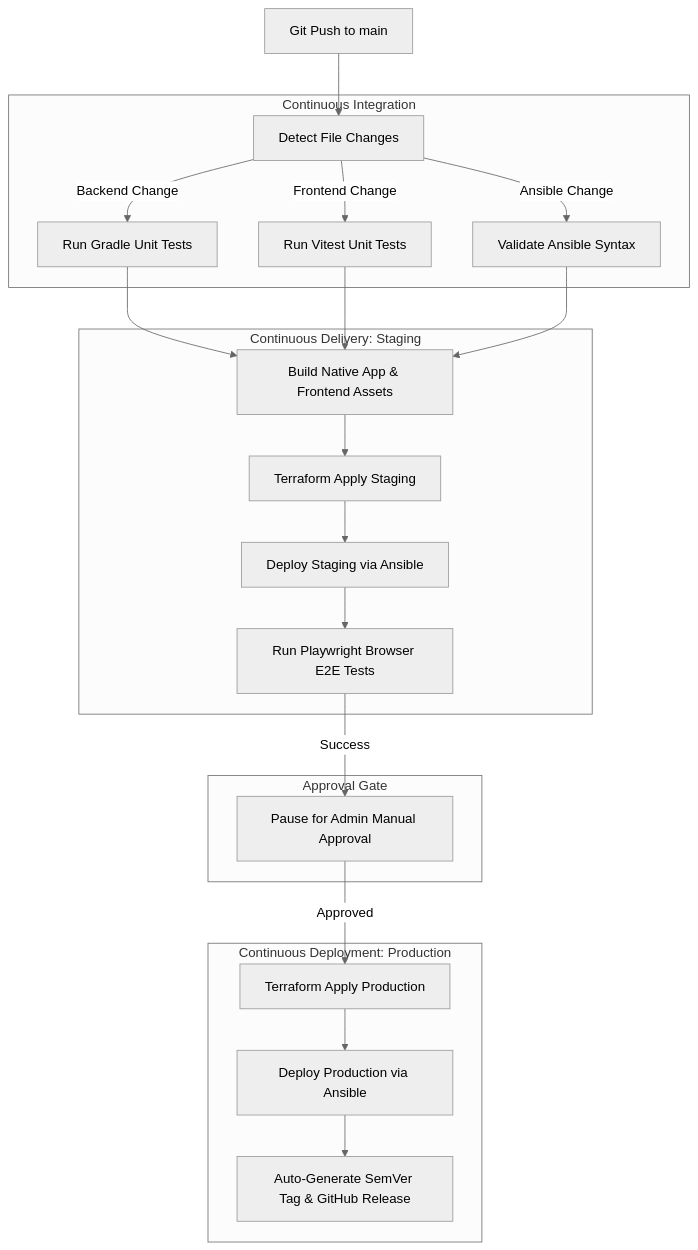
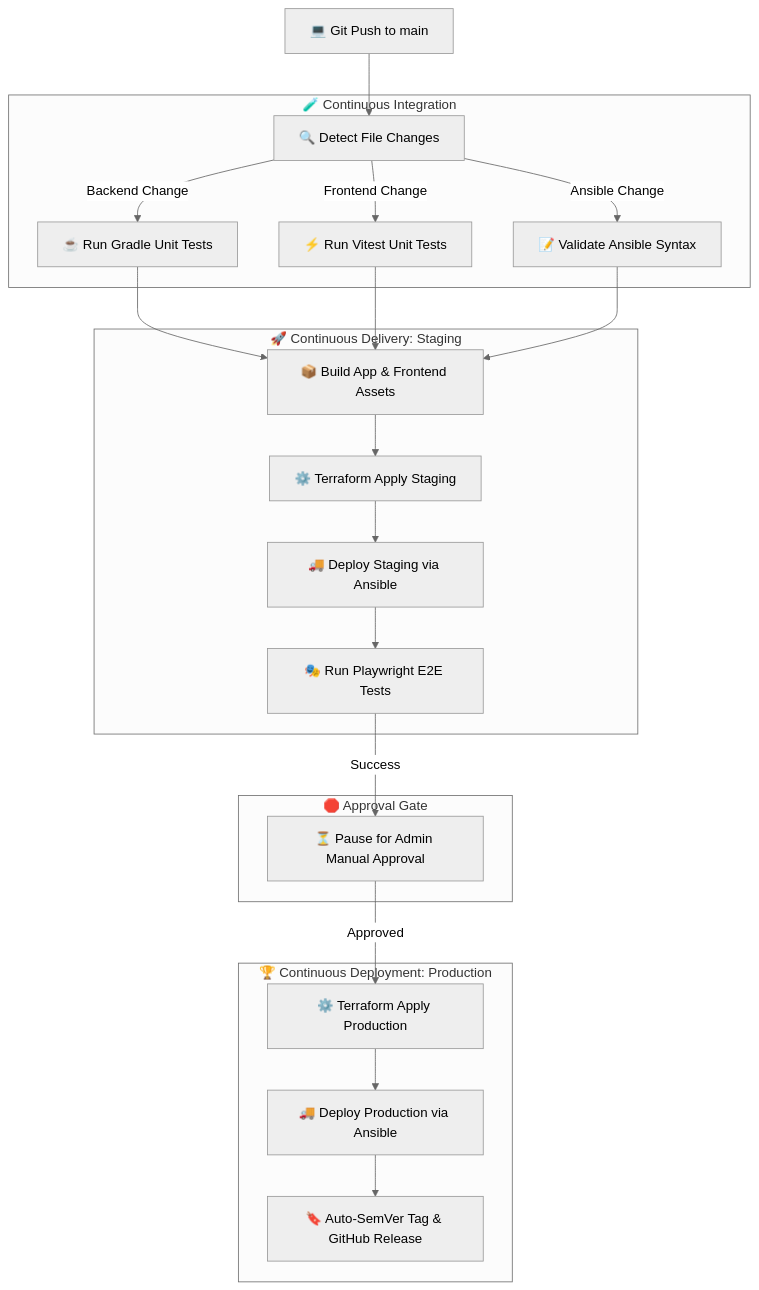
The second of 2 diagrams in README.md (devdoyen/rogic.io), drawn with Mermaid (neutral theme) before and after one commit. The commit also changed other lines of this file, not shown here.

Commit message:
docs: add descriptive emojis to system architecture and pipeline Mermaid diagrams

````diff
--- a/README.md
+++ b/README.md
@@ -97,27 +97,27 @@
 ```mermaid
 graph TD
-    Push[Git Push to main] --> Changes[Detect File Changes]
+    Push[💻 Git Push to main] --> Changes[🔍 Detect File Changes]
     
-    subgraph CI [Continuous Integration]
-        Changes -->|Backend Change| Gradle[Run Gradle Unit Tests]
-        Changes -->|Frontend Change| Vitest[Run Vitest Unit Tests]
-        Changes -->|Ansible Change| Syntax[Validate Ansible Syntax]
+    subgraph CI [🧪 Continuous Integration]
+        Changes -->|Backend Change| Gradle[☕ Run Gradle Unit Tests]
+        Changes -->|Frontend Change| Vitest[⚡ Run Vitest Unit Tests]
+        Changes -->|Ansible Change| Syntax[📝 Validate Ansible Syntax]
     end
     
-    subgraph CD_Staging [Continuous Delivery: Staging]
-        Gradle & Vitest & Syntax --> Build[Build Native App & Frontend Assets]
-        Build --> TFStg[Terraform Apply Staging]
-        TFStg --> AnsStg[Deploy Staging via Ansible]
-        AnsStg --> Playwright[Run Playwright Browser E2E Tests]
+    subgraph CD_Staging [🚀 Continuous Delivery: Staging]
+        Gradle & Vitest & Syntax --> Build[📦 Build App & Frontend Assets]
+        Build --> TFStg[⚙️ Terraform Apply Staging]
+        TFStg --> AnsStg[🚚 Deploy Staging via Ansible]
+        AnsStg --> Playwright[🎭 Run Playwright E2E Tests]
     end
     
-    subgraph Approval [Approval Gate]
-        Playwright -->|Success| Pause[Pause for Admin Manual Approval]
+    subgraph Approval [🛑 Approval Gate]
+        Playwright -->|Success| Pause[⏳ Pause for Admin Manual Approval]
     end
     
-    subgraph CD_Prod [Continuous Deployment: Production]
-        Pause -->|Approved| TFProd[Terraform Apply Production]
-        TFProd --> AnsProd[Deploy Production via Ansible]
-        AnsProd --> Release[Auto-Generate SemVer Tag & GitHub Release]
+    subgraph CD_Prod [🏆 Continuous Deployment: Production]
+        Pause -->|Approved| TFProd[⚙️ Terraform Apply Production]
+        TFProd --> AnsProd[🚚 Deploy Production via Ansible]
+        AnsProd --> Release[🔖 Auto-SemVer Tag & GitHub Release]
     end
 ```
````
